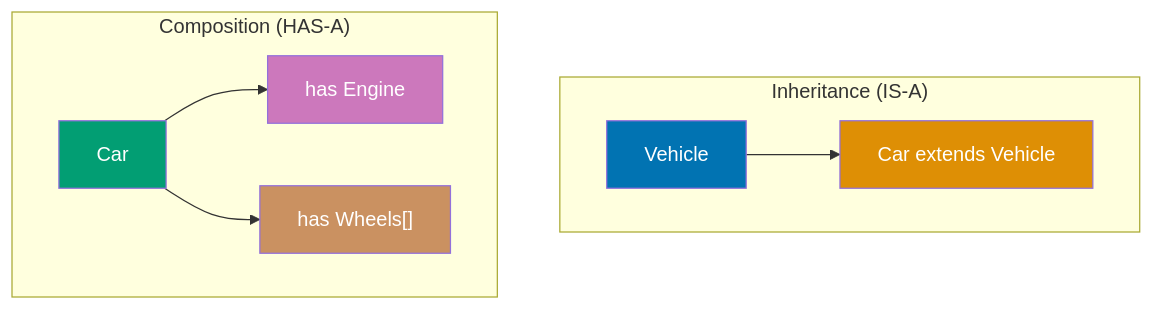
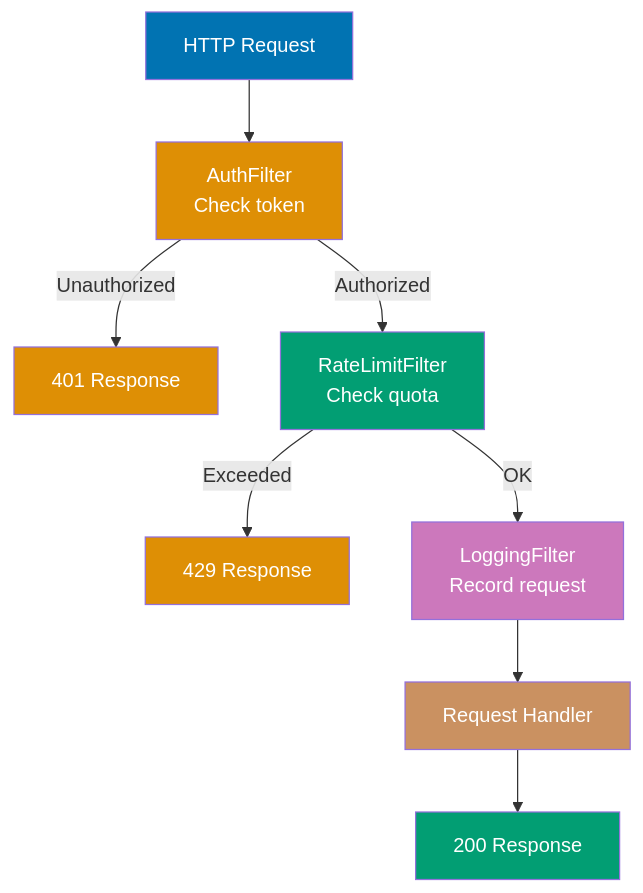
Before and after one commit to wahidyankf/open-sharia-enterprise: the first of 5 diagrams in apps/ayokoding-web/content/en/learn/swe/prog-lang/java/tutorials/by-example/intermediate.md, drawn with Mermaid. The commit also changed other lines of this file and 4 other files, not shown here.

````diff
--- a/apps/ayokoding-web/content/en/learn/swe/prog-lang/java/tutorials/by-example/intermediate.md
+++ b/apps/ayokoding-web/content/en/learn/swe/prog-lang/java/tutorials/by-example/intermediate.md
@@ -153,18 +153,20 @@
 ```mermaid
 %% Color Palette: Blue #0173B2, Orange #DE8F05, Teal #029E73, Purple #CC78BC, Brown #CA9161
 graph TB
-    subgraph Inheritance["Inheritance (IS-A)"]
-        Vehicle["Vehicle"] --> Car["Car extends Vehicle"]
-    end
+    Request["HTTP Request"] --> Auth["AuthFilter<br/>Check token"]
+    Auth -->|Unauthorized| Resp1["401 Response"]
+    Auth -->|Authorized| Rate["RateLimitFilter<br/>Check quota"]
+    Rate -->|Exceeded| Resp2["429 Response"]
+    Rate -->|OK| Log["LoggingFilter<br/>Record request"]
+    Log --> Handler["Request Handler"]
+    Handler --> Response["200 Response"]
 
-    subgraph Composition["Composition (HAS-A)"]
-        Car2["Car"] --> Engine["has Engine"]
-        Car2 --> Wheels["has Wheels[]"]
-    end
-
-    style Vehicle fill:#0173B2,color:#fff
-    style Car fill:#DE8F05,color:#fff
-    style Car2 fill:#029E73,color:#fff
-    style Engine fill:#CC78BC,color:#fff
-    style Wheels fill:#CA9161,color:#fff
+    style Request fill:#0173B2,color:#fff
+    style Auth fill:#DE8F05,color:#fff
+    style Rate fill:#029E73,color:#fff
+    style Log fill:#CC78BC,color:#fff
+    style Handler fill:#CA9161,color:#fff
+    style Resp1 fill:#DE8F05,color:#fff
+    style Resp2 fill:#DE8F05,color:#fff
+    style Response fill:#029E73,color:#fff
 ```
````
